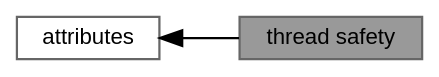
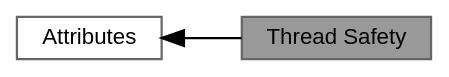
The diagram in d5/ddc/group__thread__safety.dot (ekmett/ein), drawn with Graphviz before and after one commit. The commit also changed 196 other files, not shown here.

```diff
--- a/d5/ddc/group__thread__safety.dot
+++ b/d5/ddc/group__thread__safety.dot
@@ -1,11 +1,11 @@
-digraph "thread safety"
+digraph "Thread Safety"
 {
  // LATEX_PDF_SIZE
   bgcolor="transparent";
   edge [fontname=Helvetica,fontsize=10,labelfontname=Helvetica,labelfontsize=10];
   node [fontname=Helvetica,fontsize=10,shape=box,height=0.2,width=0.4];
   rankdir=LR;
-  Node2 [id="Node000002",label="attributes",height=0.2,width=0.4,color="grey40", fillcolor="white", style="filled",URL="$d4/d86/group__attributes.html",tooltip="macros used to provide useful attributes"];
-  Node1 [id="Node000001",label="thread safety",height=0.2,width=0.4,color="gray40", fillcolor="grey60", style="filled", fontcolor="black",tooltip=" "];
+  Node2 [id="Node000002",label="Attributes",height=0.2,width=0.4,color="grey40", fillcolor="white", style="filled",URL="$d4/d86/group__attributes.html",tooltip="macros used to provide useful attributes"];
+  Node1 [id="Node000001",label="Thread Safety",height=0.2,width=0.4,color="gray40", fillcolor="grey60", style="filled", fontcolor="black",tooltip=" "];
   Node2->Node1 [shape=plaintext, dir="back", style="solid"];
 }
```
